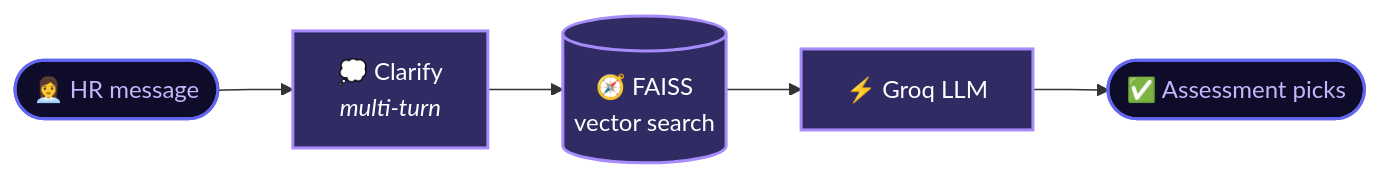
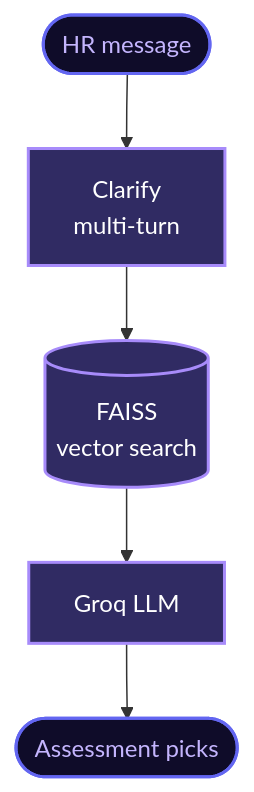
One commit to IrbaazN/IrbaazN changed the second of 2 diagrams in README.md. Above: the diagram before and after it, drawn with Mermaid. The commit also changed other lines of this file, not shown here.

````diff
--- a/README.md
+++ b/README.md
@@ -81,12 +97,12 @@
 ```mermaid
-flowchart LR
-    H([👩‍💼 HR message]) --> Q[💭 Clarify<br/><i>multi-turn</i>]
-    Q --> V[(🧭 FAISS<br/>vector search)]
-    V --> L[⚡ Groq LLM]
-    L --> A([✅ Assessment picks])
+flowchart TD
+    H([HR message]) --> Q[Clarify<br/>multi-turn]
+    Q --> V[(FAISS<br/>vector search)]
+    V --> L[Groq LLM]
+    L --> A([Assessment picks])
 
     classDef node fill:#302b63,stroke:#a78bfa,color:#fff,stroke-width:2px
     classDef io fill:#0f0c29,stroke:#6366f1,color:#c4b5fd
     class Q,V,L node
     class H,A io
 ```
````
